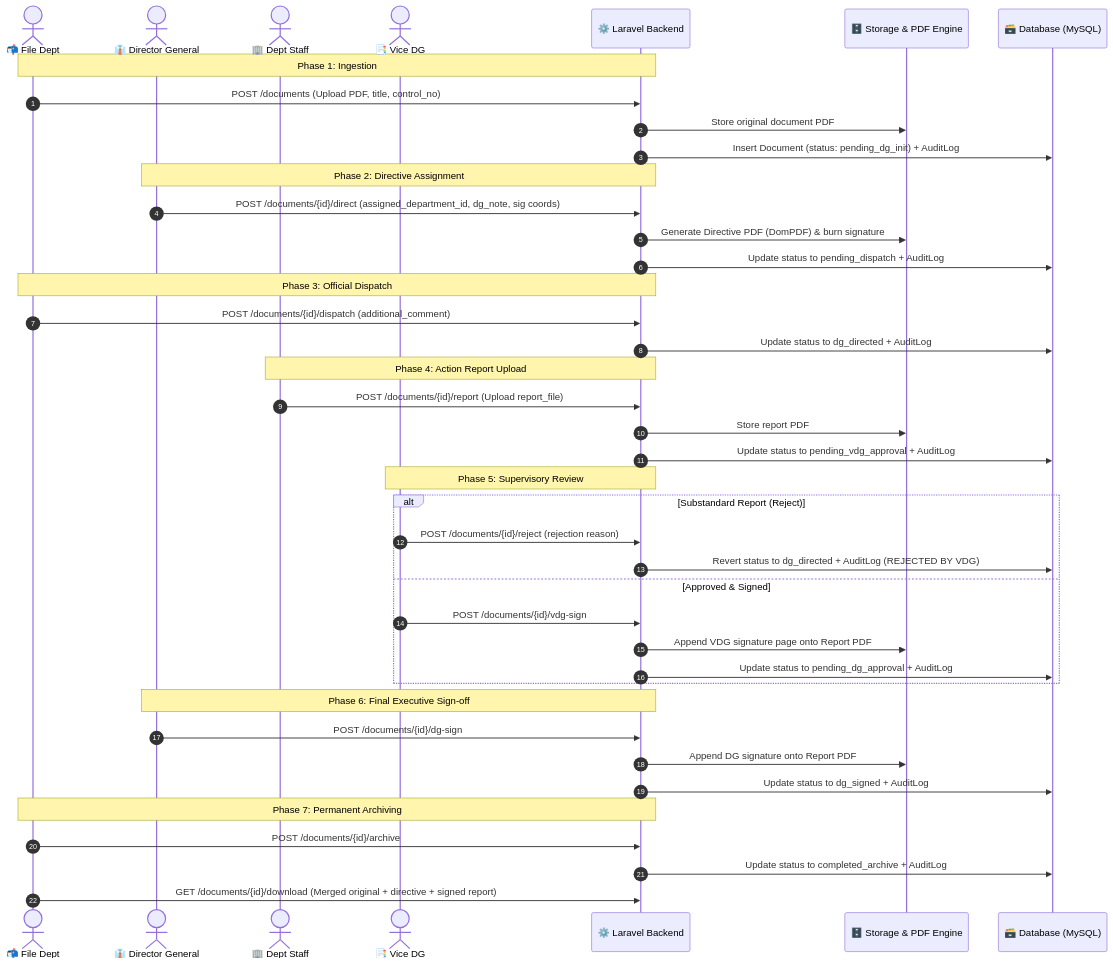
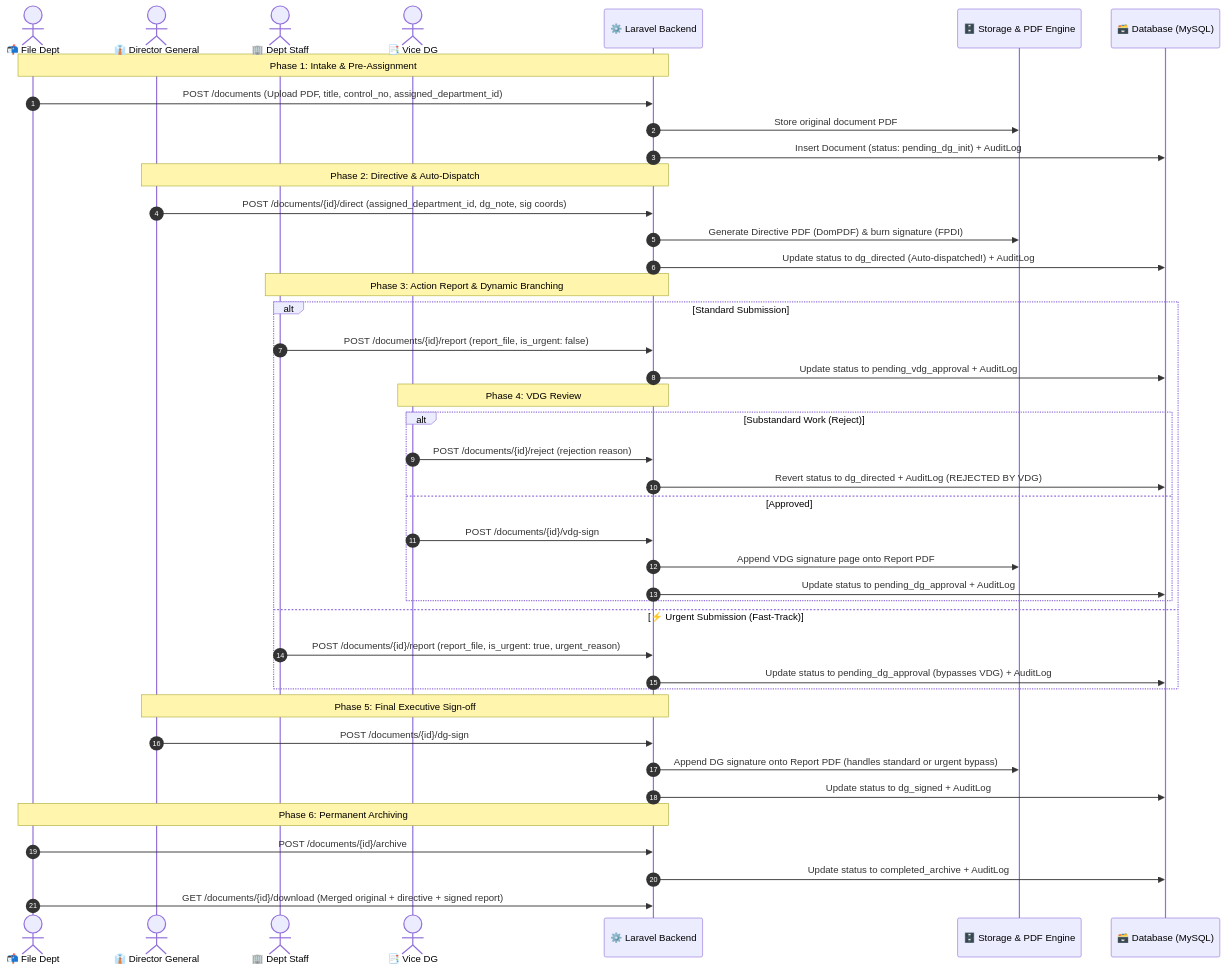
The third of 4 diagrams in README.md (rotanapheakdey/doc-api), drawn with Mermaid before and after one commit. The commit also changed other lines of this file and 8 other files, not shown here.

````diff
--- a/README.md
+++ b/README.md
@@ -89,50 +89,49 @@
 ```mermaid
 sequenceDiagram
     autonumber
     actor FD as 📬 File Dept
     actor DG as 👔 Director General
     actor Staff as 🏢 Dept Staff
     actor VDG as 📑 Vice DG
     participant API as ⚙️ Laravel Backend
     participant Storage as 🗄️ Storage & PDF Engine
     participant DB as 🗃️ Database (MySQL)
 
-    Note over FD,API: Phase 1: Ingestion
-    FD->>API: POST /documents (Upload PDF, title, control_no)
+    Note over FD,API: Phase 1: Intake & Pre-Assignment
+    FD->>API: POST /documents (Upload PDF, title, control_no, assigned_department_id)
     API->>Storage: Store original document PDF
     API->>DB: Insert Document (status: pending_dg_init) + AuditLog
     
-    Note over DG,API: Phase 2: Directive Assignment
+    Note over DG,API: Phase 2: Directive & Auto-Dispatch
     DG->>API: POST /documents/{id}/direct (assigned_department_id, dg_note, sig coords)
-    API->>Storage: Generate Directive PDF (DomPDF) & burn signature
-    API->>DB: Update status to pending_dispatch + AuditLog
+    API->>Storage: Generate Directive PDF (DomPDF) & burn signature (FPDI)
+    API->>DB: Update status to dg_directed (Auto-dispatched!) + AuditLog
     
-    Note over FD,API: Phase 3: Official Dispatch
-    FD->>API: POST /documents/{id}/dispatch (additional_comment)
-    API->>DB: Update status to dg_directed + AuditLog
-    
-    Note over Staff,API: Phase 4: Action Report Upload
-    Staff->>API: POST /documents/{id}/report (Upload report_file)
-    API->>Storage: Store report PDF
-    API->>DB: Update status to pending_vdg_approval + AuditLog
-    
-    Note over VDG,API: Phase 5: Supervisory Review
-    alt Substandard Report (Reject)
-        VDG->>API: POST /documents/{id}/reject (rejection reason)
-        API->>DB: Revert status to dg_directed + AuditLog (REJECTED BY VDG)
-    else Approved & Signed
-        VDG->>API: POST /documents/{id}/vdg-sign
-        API->>Storage: Append VDG signature page onto Report PDF
-        API->>DB: Update status to pending_dg_approval + AuditLog
+    Note over Staff,API: Phase 3: Action Report & Dynamic Branching
+    alt Standard Submission
+        Staff->>API: POST /documents/{id}/report (report_file, is_urgent: false)
+        API->>DB: Update status to pending_vdg_approval + AuditLog
+        Note over VDG,API: Phase 4: VDG Review
+        alt Substandard Work (Reject)
+            VDG->>API: POST /documents/{id}/reject (rejection reason)
+            API->>DB: Revert status to dg_directed + AuditLog (REJECTED BY VDG)
+        else Approved
+            VDG->>API: POST /documents/{id}/vdg-sign
+            API->>Storage: Append VDG signature page onto Report PDF
+            API->>DB: Update status to pending_dg_approval + AuditLog
+        end
+    else ⚡ Urgent Submission (Fast-Track)
+        Staff->>API: POST /documents/{id}/report (report_file, is_urgent: true, urgent_reason)
+        API->>DB: Update status to pending_dg_approval (bypasses VDG) + AuditLog
     end
 
-    Note over DG,API: Phase 6: Final Executive Sign-off
+    Note over DG,API: Phase 5: Final Executive Sign-off
     DG->>API: POST /documents/{id}/dg-sign
-    API->>Storage: Append DG signature onto Report PDF
+    API->>Storage: Append DG signature onto Report PDF (handles standard or urgent bypass)
     API->>DB: Update status to dg_signed + AuditLog
     
-    Note over FD,API: Phase 7: Permanent Archiving
+    Note over FD,API: Phase 6: Permanent Archiving
     FD->>API: POST /documents/{id}/archive
     API->>DB: Update status to completed_archive + AuditLog
     FD->>API: GET /documents/{id}/download (Merged original + directive + signed report)
 ```
````
